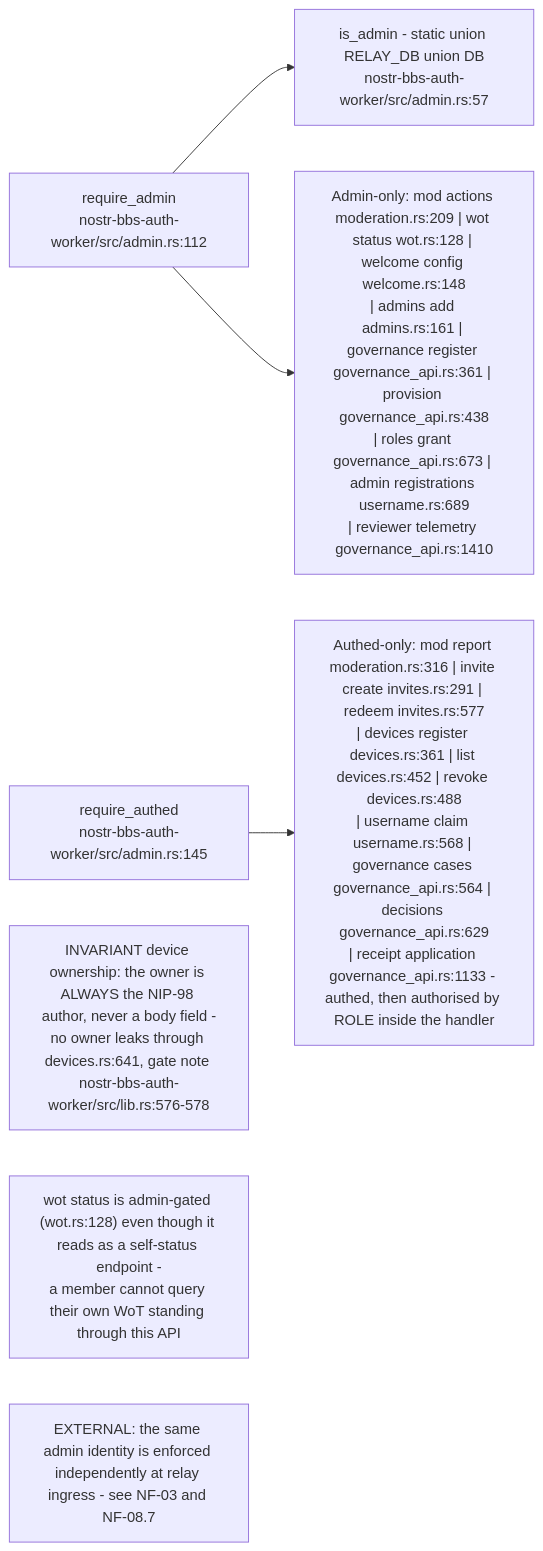
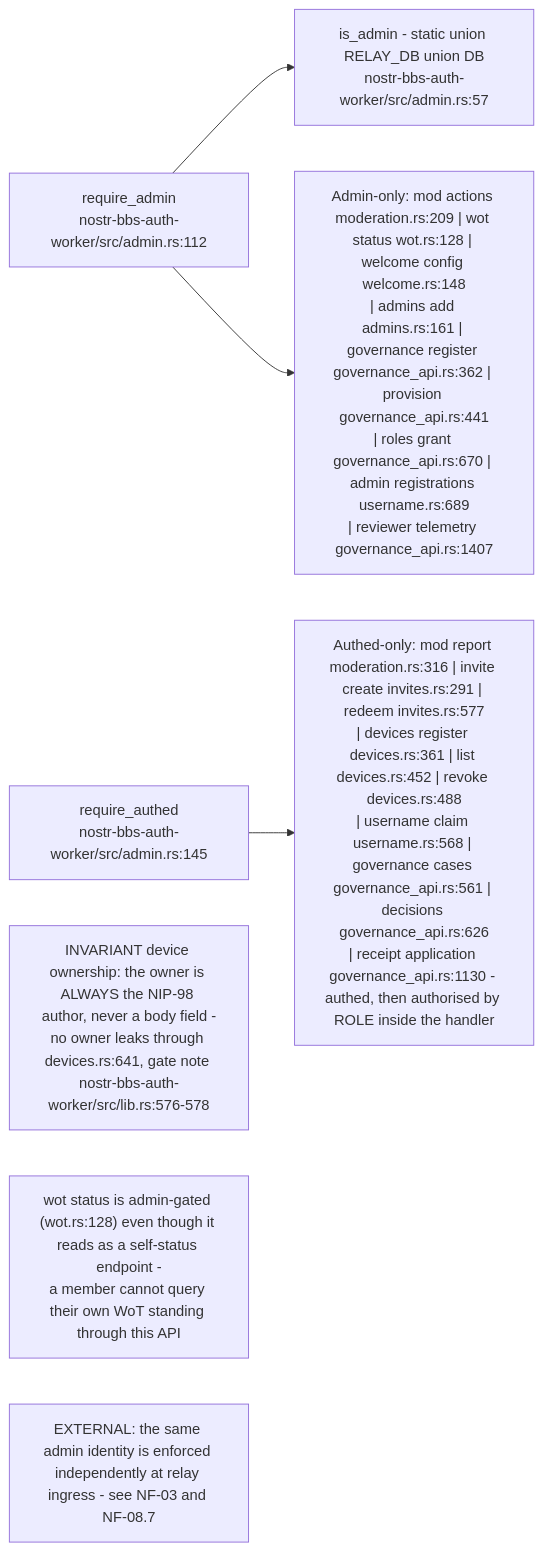
One commit to DreamLab-AI/VisionFlow changed the sixth of 9 diagrams in docs/diagrams/nostr-rust-forum/02-auth-worker-passkey-nip98-and-membership.md. Above: the diagram before and after it, drawn with Mermaid. The commit also changed other lines of this file and 31 other files, not shown here.

````diff
--- a/docs/diagrams/nostr-rust-forum/02-auth-worker-passkey-nip98-and-membership.md
+++ b/docs/diagrams/nostr-rust-forum/02-auth-worker-passkey-nip98-and-membership.md
@@ -194,17 +194,17 @@
 ```mermaid
 flowchart LR
     RA["require_admin<br/>nostr-bbs-auth-worker/src/admin.rs:112"]
     RU["require_authed<br/>nostr-bbs-auth-worker/src/admin.rs:145"]
     ISA["is_admin - static union RELAY_DB union DB<br/>nostr-bbs-auth-worker/src/admin.rs:57"]
 
     RA --> ISA
-    ADMINONLY["Admin-only: mod actions moderation.rs:209 | wot status wot.rs:128 | welcome config welcome.rs:148<br/>| admins add admins.rs:161 | governance register governance_api.rs:361 | provision governance_api.rs:438<br/>| roles grant governance_api.rs:673 | admin registrations username.rs:689<br/>| reviewer telemetry governance_api.rs:1410"]
-    AUTHED["Authed-only: mod report moderation.rs:316 | invite create invites.rs:291 | redeem invites.rs:577<br/>| devices register devices.rs:361 | list devices.rs:452 | revoke devices.rs:488<br/>| username claim username.rs:568 | governance cases governance_api.rs:564 | decisions governance_api.rs:629<br/>| receipt application governance_api.rs:1133 - authed, then authorised by ROLE inside the handler"]
+    ADMINONLY["Admin-only: mod actions moderation.rs:209 | wot status wot.rs:128 | welcome config welcome.rs:148<br/>| admins add admins.rs:161 | governance register governance_api.rs:362 | provision governance_api.rs:441<br/>| roles grant governance_api.rs:670 | admin registrations username.rs:689<br/>| reviewer telemetry governance_api.rs:1407"]
+    AUTHED["Authed-only: mod report moderation.rs:316 | invite create invites.rs:291 | redeem invites.rs:577<br/>| devices register devices.rs:361 | list devices.rs:452 | revoke devices.rs:488<br/>| username claim username.rs:568 | governance cases governance_api.rs:561 | decisions governance_api.rs:626<br/>| receipt application governance_api.rs:1130 - authed, then authorised by ROLE inside the handler"]
 
     RA --> ADMINONLY
     RU --> AUTHED
 
     N1["INVARIANT device ownership: the owner is ALWAYS the NIP-98 author, never a body field -<br/>no owner leaks through devices.rs:641, gate note nostr-bbs-auth-worker/src/lib.rs:576-578"]
     N2["wot status is admin-gated (wot.rs:128) even though it reads as a self-status endpoint -<br/>a member cannot query their own WoT standing through this API"]
     N3["EXTERNAL: the same admin identity is enforced independently at relay ingress - see NF-03 and NF-08.7"]
 ```
````
